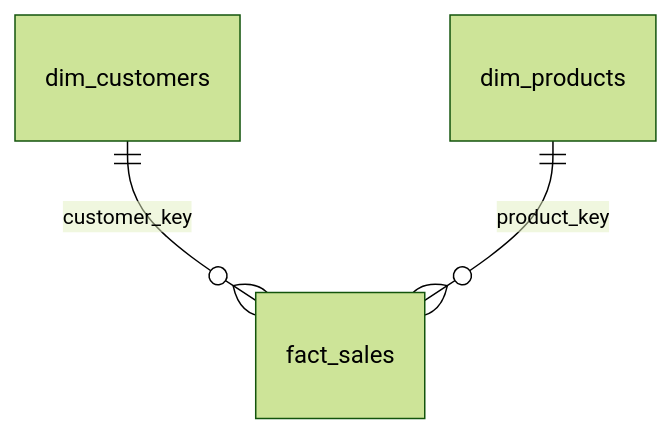
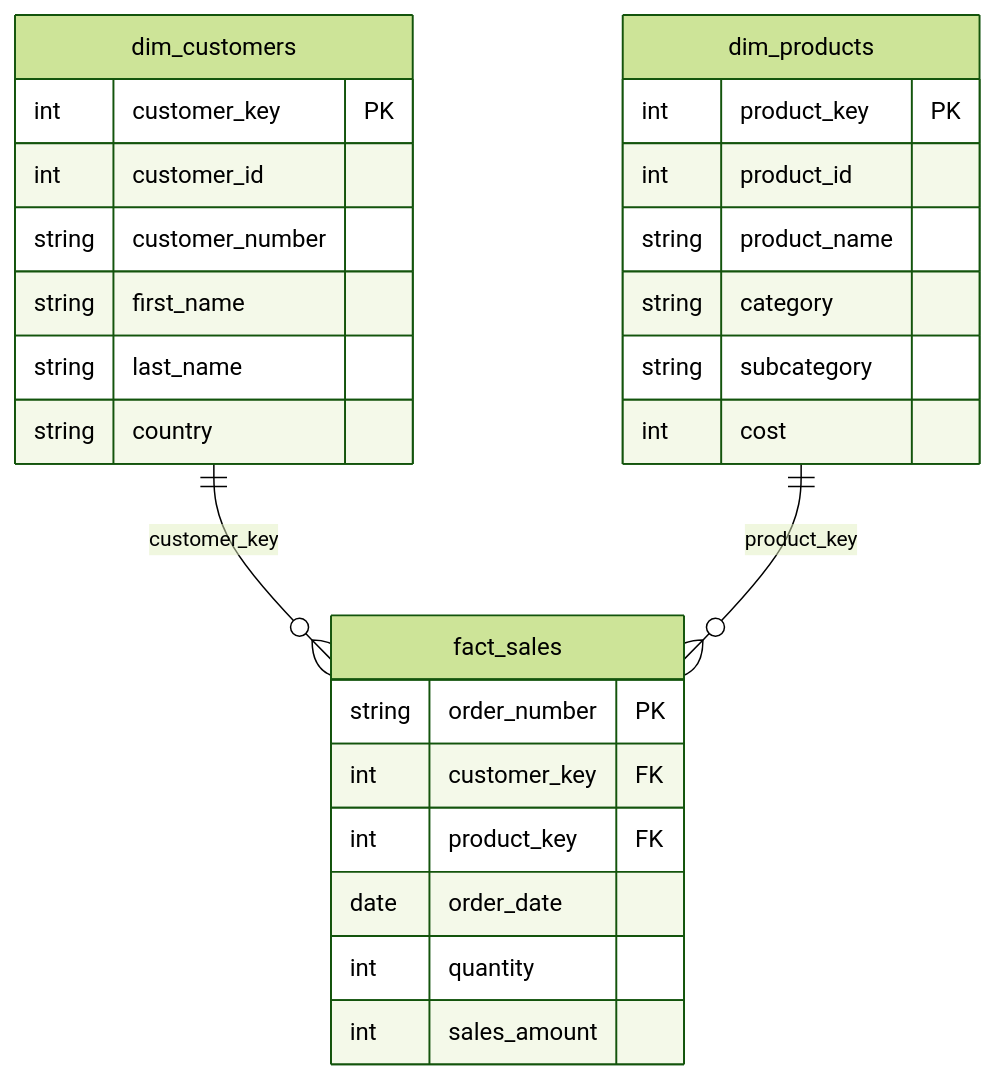
The diagram in findings.md (K-Saket8/Sales-Analysis), drawn with Mermaid (forest theme) before and after one commit. The commit also changed other lines of this file, not shown here.

````diff
--- a/findings.md
+++ b/findings.md
@@ -9,5 +10,33 @@
 ```mermaid
 erDiagram
-    dim_customers ||--o{ fact_sales : customer_key
-    dim_products  ||--o{ fact_sales : product_key
+
+    dim_customers {
+        int customer_key PK
+        int customer_id
+        string customer_number
+        string first_name
+        string last_name
+        string country
+    }
+
+    dim_products {
+        int product_key PK
+        int product_id
+        string product_name
+        string category
+        string subcategory
+        int cost
+    }
+
+    fact_sales {
+        string order_number PK
+        int customer_key FK
+        int product_key FK
+        date order_date
+        int quantity
+        int sales_amount
+    }
+
+    dim_customers ||--o{ fact_sales : "customer_key"
+    dim_products ||--o{ fact_sales : "product_key"
 ```
````
